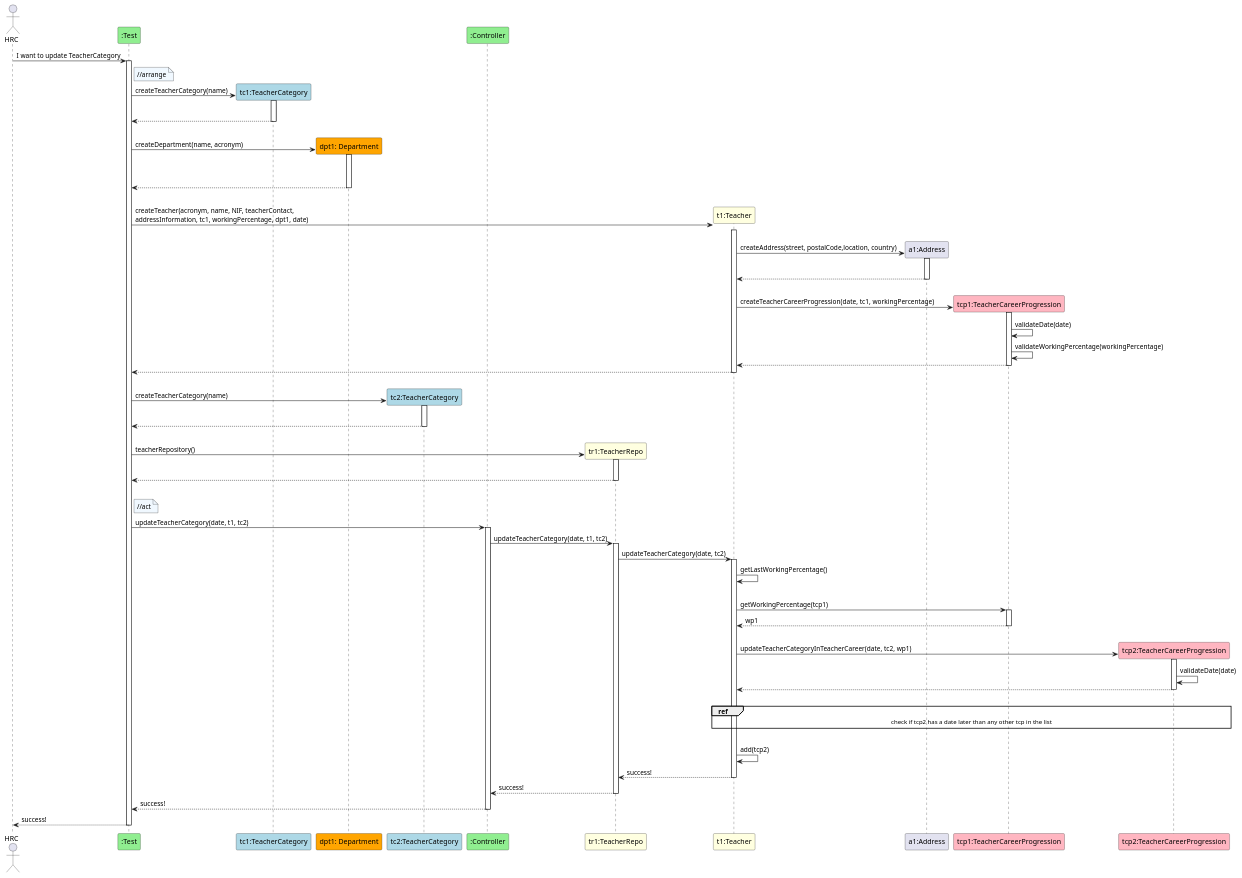
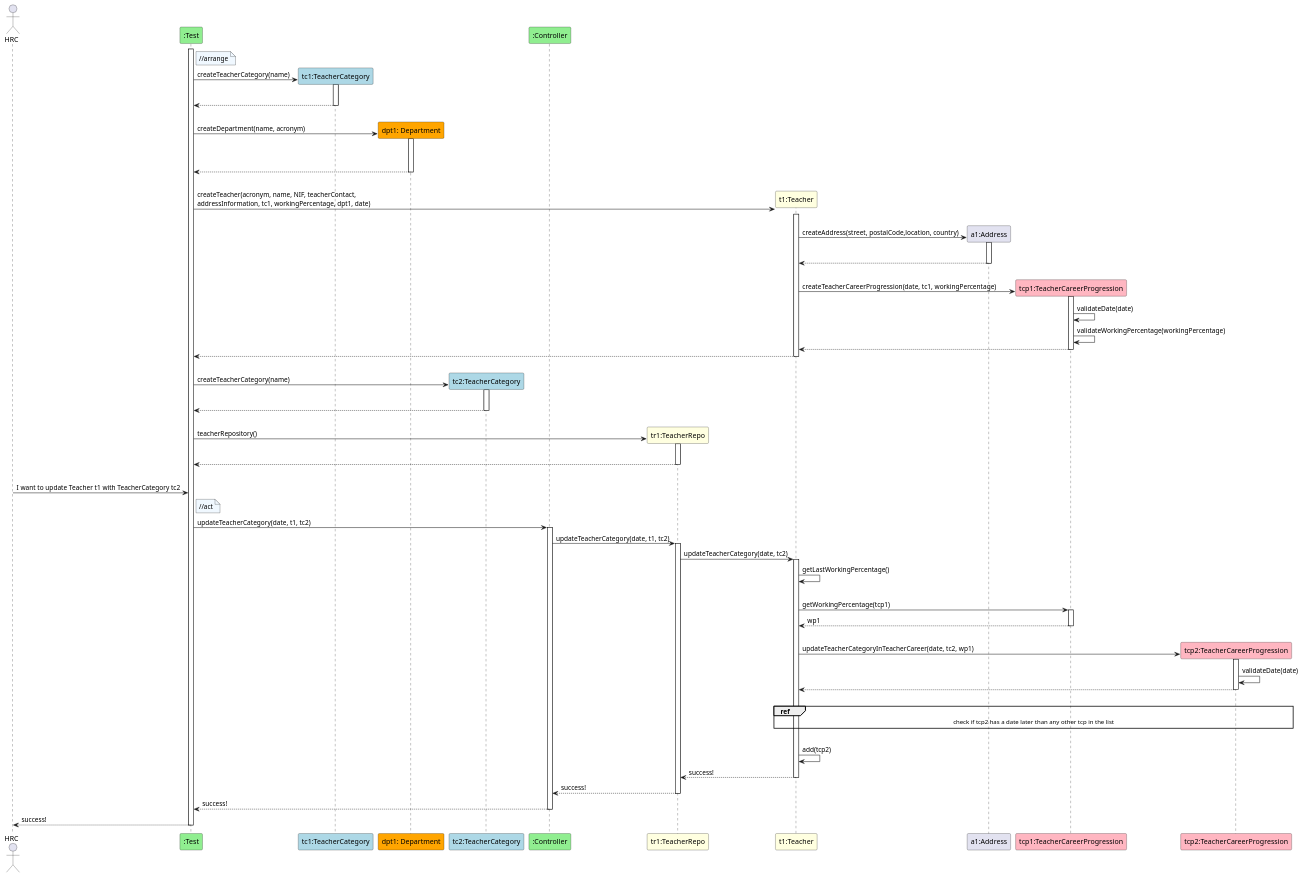
Before and after one commit to GasparISEP/DevOps-PAI: the diagram in docs/sequenceSystemDiagrams/US14/US14_UpdateTeachersCategoryInSystem.puml, drawn with PlantUML.

Commit message:
Corrected small detail in US14 sequence diagram

```diff
--- a/docs/sequenceSystemDiagrams/US14/US14_UpdateTeachersCategoryInSystem.puml
+++ b/docs/sequenceSystemDiagrams/US14/US14_UpdateTeachersCategoryInSystem.puml
@@ -1,102 +1,103 @@
 @startuml
 actor HRC
 participant ":Test" as TE #lightgreen
 participant "tc1:TeacherCategory" as TC #lightblue
 participant "dpt1: Department" as D #orange
 participant "tc2:TeacherCategory" as TC2 #lightblue
 participant ":Controller" as CTL #lightgreen
 participant "tr1:TeacherRepo" as TR #lightyellow
 participant "t1:Teacher" as T #lightyellow
 participant "a1:Address" as A
 participant "tcp1:TeacherCareerProgression" as TCP #lightpink
 participant "tcp2:TeacherCareerProgression" as TCP2 #lightpink
 
 
-HRC -> TE: I want to update TeacherCategory
+
 note right TE #aliceblue
     //arrange
 end note
 activate TE
 'note right
 'end note
 TE -> TC**: createTeacherCategory(name)
 activate TC
 |||
 TC --> TE
 deactivate TC
 |||
 TE -> D**: createDepartment(name, acronym)
 |||
 activate D
 |||
 D --> TE
 
 deactivate D
 |||
 TE -> T**: createTeacher(acronym, name, NIF, teacherContact,\naddressInformation, tc1, workingPercentage, dpt1, date)
 activate T
 |||
 T -> A**: createAddress(street, postalCode,location, country)
 |||
 activate A
 A --> T
 deactivate A
 |||
 T -> TCP** : createTeacherCareerProgression(date, tc1, workingPercentage)
 activate TCP
 TCP -> TCP : validateDate(date)
 TCP -> TCP : validateWorkingPercentage(workingPercentage)
 TCP --> T
 deactivate TCP
 T --> TE
 |||
 deactivate T
 TE -> TC2** : createTeacherCategory(name)
 |||
 activate TC2
 TC2 --> TE
 |||
 deactivate TC2
 TE ->  TR**: teacherRepository()
 |||
 activate TR
 TR --> TE
 deactivate TR
 |||
+HRC -> TE: I want to update Teacher t1 with TeacherCategory tc2
 note right TE #aliceblue
     //act
 end note
 TE -> CTL : updateTeacherCategory(date, t1, tc2)
 activate CTL
 CTL -> TR : updateTeacherCategory(date, t1, tc2)
 activate TR
 TR -> T : updateTeacherCategory(date, tc2)
 activate T
 T -> T : getLastWorkingPercentage()
 |||
 T -> TCP : getWorkingPercentage(tcp1)
 activate TCP
 TCP --> T : wp1
 deactivate TCP
 |||
 T -> TCP2** : updateTeacherCategoryInTeacherCareer(date, tc2, wp1)
 activate TCP2
 TCP2 -> TCP2 : validateDate(date)
 TCP2 --> T
 deactivate TCP2
 |||
 ref over T, TCP2
     check if tcp2 has a date later than any other tcp in the list
 end ref
 |||
 T -> T : add(tcp2)
 T --> TR : success!
 deactivate T
 TR --> CTL : success!
 deactivate  TR
 CTL --> TE : success!
 deactivate CTL
 TE --> HRC : success!
 deactivate TE
 
 @enduml
```
